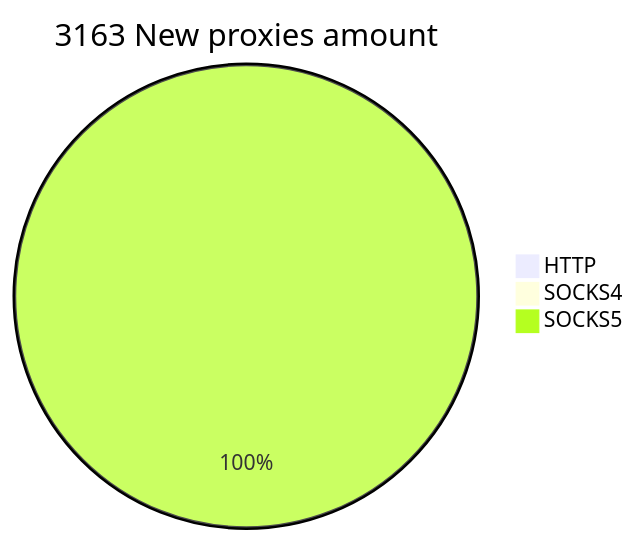
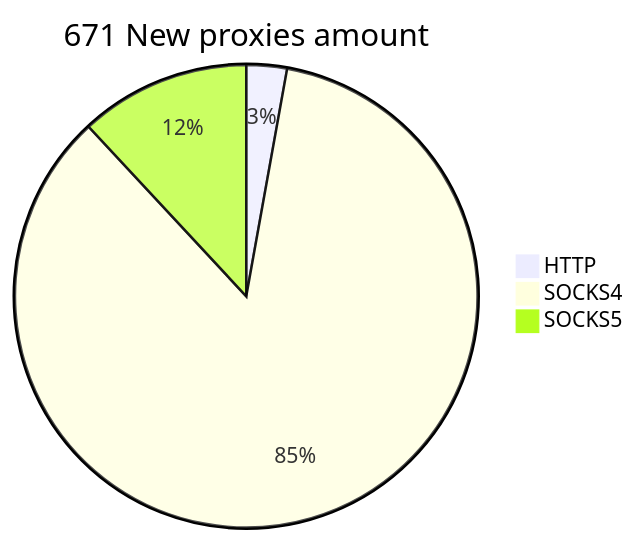
One commit to cutipu/proxylist changed the second of 2 diagrams in README.md. Above: the diagram before and after it, drawn with Mermaid. The commit also changed other lines of this file, not shown here.

````diff
--- a/README.md
+++ b/README.md
@@ -10,6 +10,6 @@
 ```mermaid
-pie title 3163 New proxies amount
-    "HTTP" : 0
-    "SOCKS4" : 0
-    "SOCKS5" : 3195
+pie title 671 New proxies amount
+    "HTTP" : 19
+    "SOCKS4" : 572
+    "SOCKS5" : 80
 ```
````
